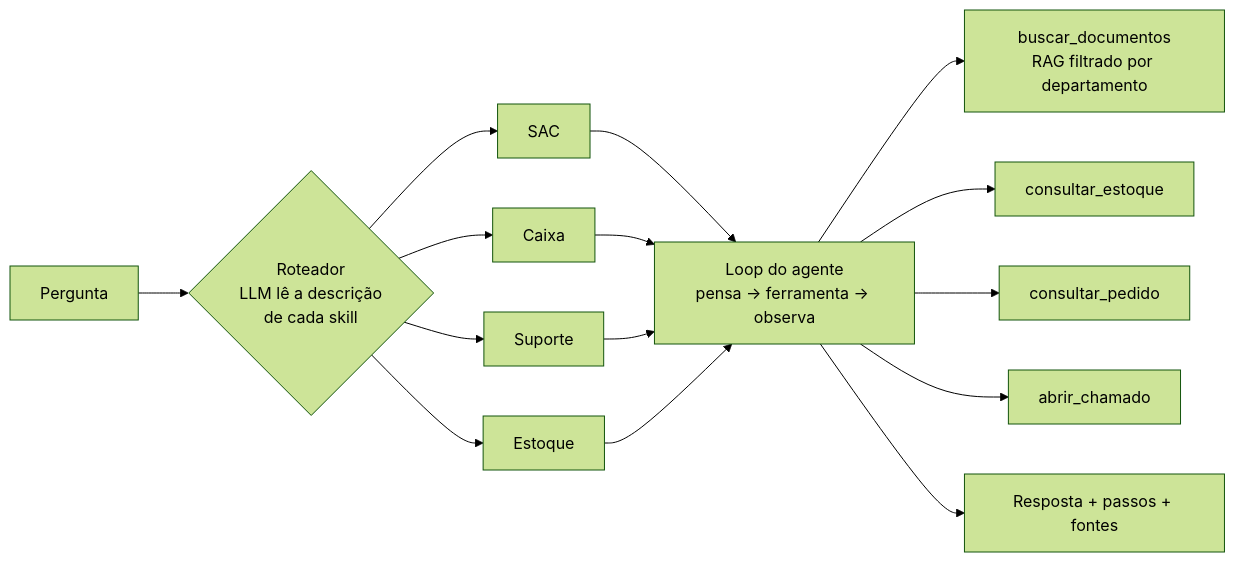
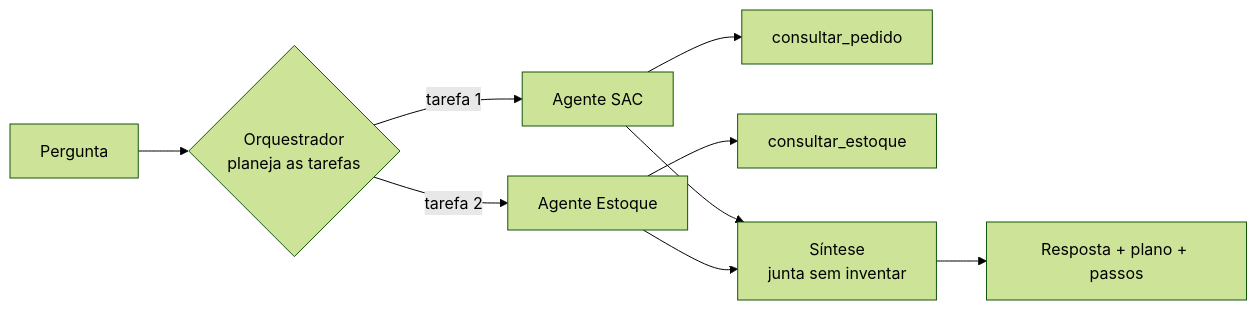
One commit to brayanferreiradev-gif/rag-dotnet changed the first of 2 diagrams in README.md. Above: the diagram before and after it, drawn with Mermaid (forest theme). The commit also changed other lines of this file and 1 other file, not shown here.

Commit message:
Documenta o orquestrador no README

````diff
--- a/README.md
+++ b/README.md
@@ -24,14 +26,10 @@
 ```mermaid
 flowchart LR
-    U[Pergunta] --> R{Roteador<br/>LLM lê a descrição<br/>de cada skill}
-    R --> SAC[SAC]
-    R --> CX[Caixa]
-    R --> SP[Suporte]
-    R --> ES[Estoque]
-    SAC & CX & SP & ES --> L[Loop do agente<br/>pensa → ferramenta → observa]
-    L --> T1[buscar_documentos<br/>RAG filtrado por departamento]
-    L --> T2[consultar_estoque]
-    L --> T3[consultar_pedido]
-    L --> T4[abrir_chamado]
-    L --> A[Resposta + passos + fontes]
+    U[Pergunta] --> O{Orquestrador<br/>planeja as tarefas}
+    O -->|tarefa 1| A1[Agente SAC]
+    O -->|tarefa 2| A2[Agente Estoque]
+    A1 --> T1[consultar_pedido]
+    A2 --> T2[consultar_estoque]
+    A1 & A2 --> S[Síntese<br/>junta sem inventar]
+    S --> R[Resposta + plano + passos]
 ```
````
